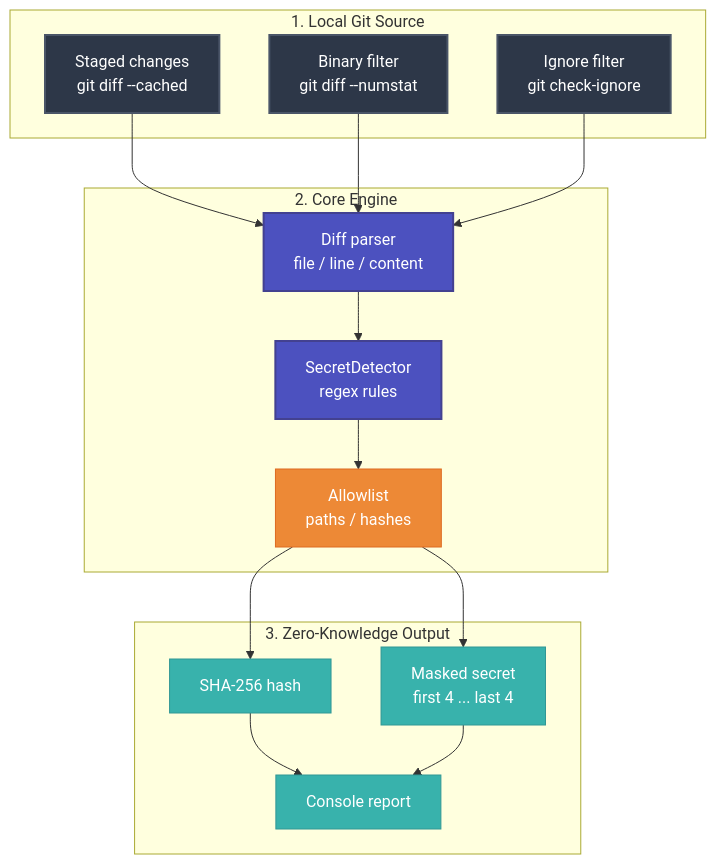
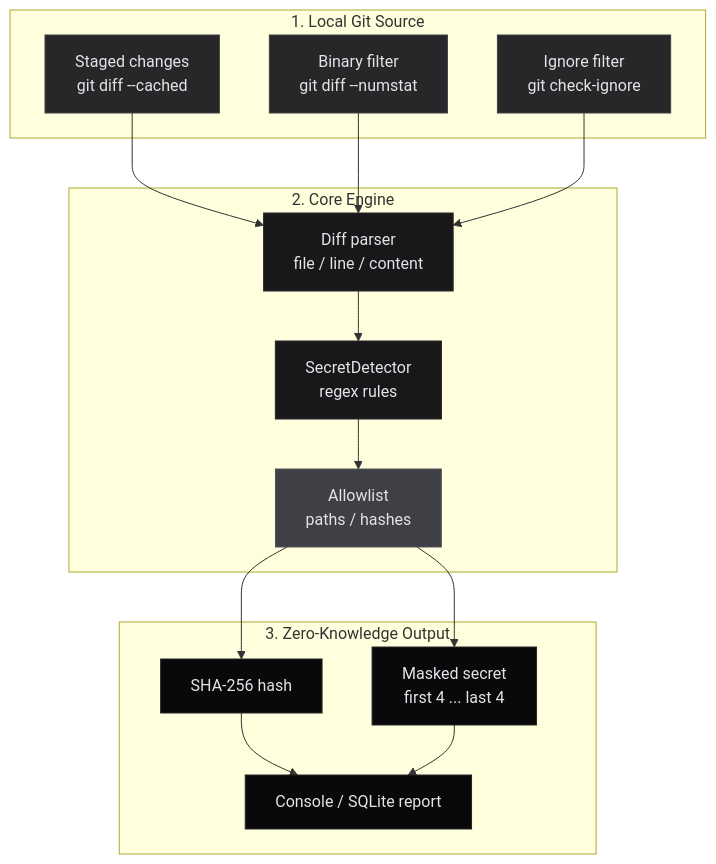
One commit to sleepti3ht/Murmur changed the diagram in README.md. Above: the diagram before and after it, drawn with Mermaid. The commit also changed other lines of this file, not shown here.

````diff
--- a/README.md
+++ b/README.md
@@ -97,36 +61,36 @@
 ```mermaid
 graph TD
-%% --- Styles ---
-classDef source fill:#2d3748,stroke:#4a5568,color:#fff,stroke-width:2px;
-classDef core fill:#4c51bf,stroke:#434190,color:#fff,stroke-width:2px;
-classDef security fill:#ed8936,stroke:#dd6b20,color:#fff;
-classDef output fill:#38b2ac,stroke:#319795,color:#fff;
+%% --- Grey UI Space Aesthetic Styles ---
+classDef source fill:#27272a,stroke:#3f3f46,color:#e4e4e7,stroke-width:1px;
+classDef core fill:#18181b,stroke:#27272a,color:#e4e4e7,stroke-width:1px;
+classDef security fill:#3f3f46,stroke:#52525b,color:#e4e4e7,stroke-width:1px;
+classDef output fill:#09090b,stroke:#27272a,color:#e4e4e7,stroke-width:1px;
 
 subgraph "1. Local Git Source"
     A[Staged changes<br/>git diff --cached]:::source
     B[Binary filter<br/>git diff --numstat]:::source
     C[Ignore filter<br/>git check-ignore]:::source
 end
 
 subgraph "2. Core Engine"
     D[Diff parser<br/>file / line / content]:::core
     E[SecretDetector<br/>regex rules]:::core
     F[Allowlist<br/>paths / hashes]:::security
 end
 
 subgraph "3. Zero-Knowledge Output"
     G[SHA-256 hash]:::output
     H[Masked secret<br/>first 4 ... last 4]:::output
-    I[Console report]:::output
+    I[Console / SQLite report]:::output
 end
 
 A --> D
 B --> D
 C --> D
 D --> E
 E --> F
 F --> G
 F --> H
 G --> I
 H --> I
 ```
````
